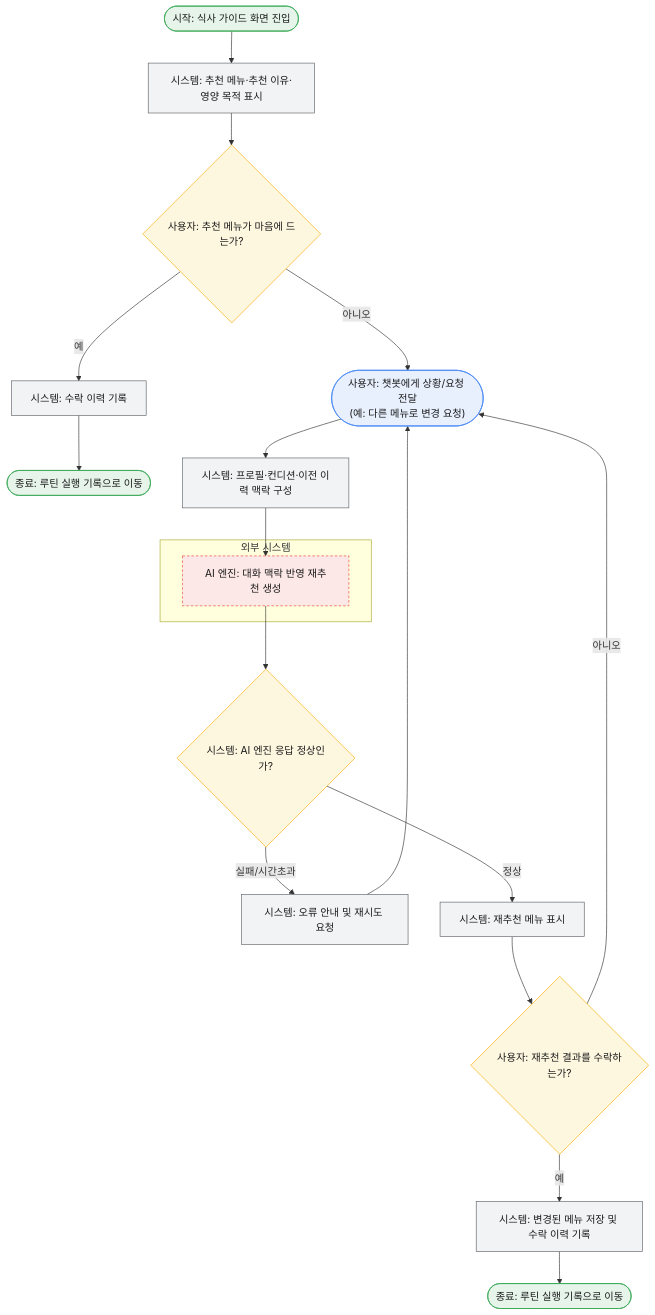
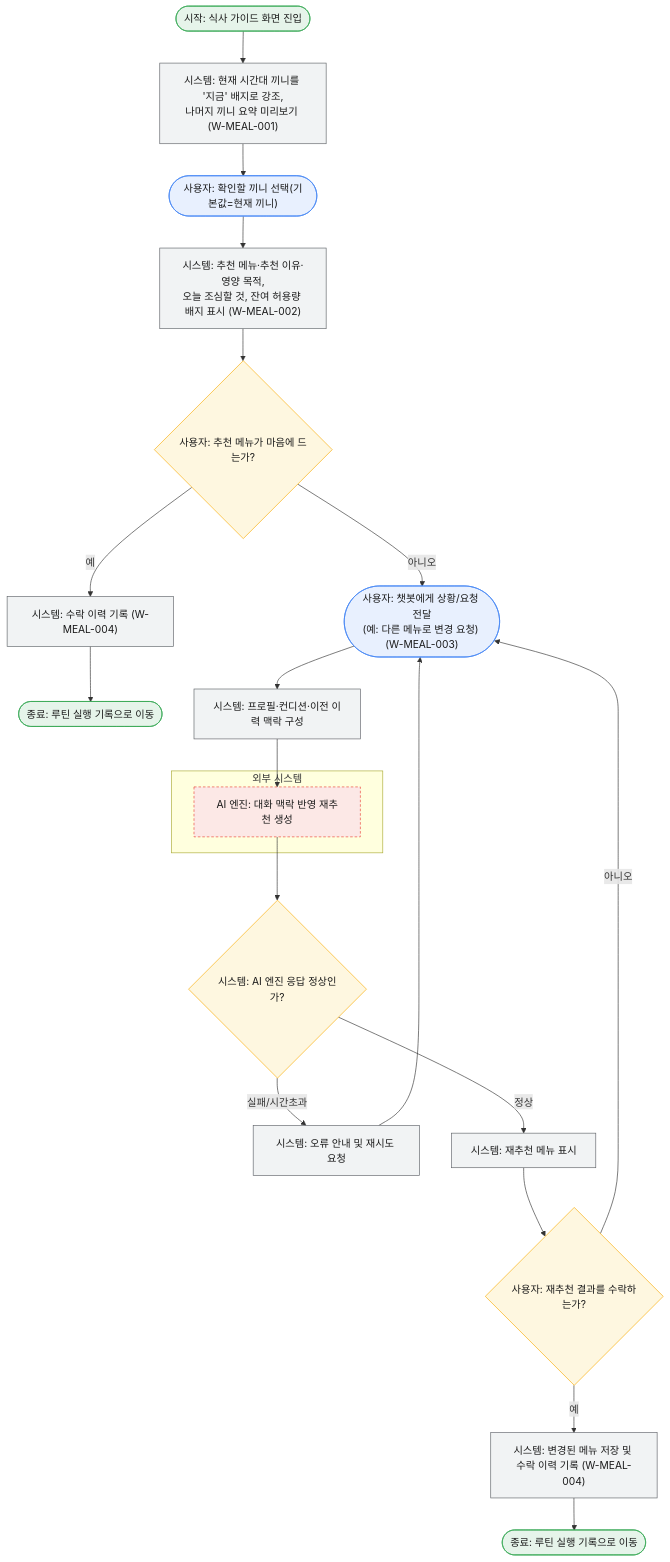
Before and after one commit to lgdxDORAEMI/PLM: the diagram in docs/서비스흐름도/03_식사가이드재조정.mmd, drawn with Mermaid. The commit also changed 11 other files, not shown here.

First line of the commit message:
서비스 흐름도 및 기능 관련 문서 업데이트

```diff
--- a/docs/서비스흐름도/03_식사가이드재조정.mmd
+++ b/docs/서비스흐름도/03_식사가이드재조정.mmd
@@ -1,28 +1,30 @@
-%% 서비스 흐름도: 식사 가이드 확인 및 AI 챗봇 재조정
-%% 관련 기능: W-MEAL-001, W-MEAL-002, W-MEAL-003, W-CHAT-001 / 관련 UC: UC4, UC11 (전제: UC3 루틴 생성 완료)
+%% 서비스 흐름도: 식사 가이드 끼니 선택 → 메뉴 상세 확인 및 AI 챗봇 재조정
+%% 관련 기능: W-MEAL-001(끼니선택), W-MEAL-002(메뉴상세), W-MEAL-003(챗봇재추천), W-MEAL-004(이력기록), W-CHAT-001 / 관련 UC: UC4, UC11 (전제: UC3 루틴 생성 완료)
 flowchart TD
     classDef user fill:#E8F0FE,stroke:#4285F4,color:#1a1a1a;
     classDef system fill:#F1F3F4,stroke:#5f6368,color:#1a1a1a;
     classDef decision fill:#FEF7E0,stroke:#F9AB00,color:#1a1a1a;
     classDef terminal fill:#E6F4EA,stroke:#34A853,color:#1a1a1a;
     classDef external fill:#FCE8E6,stroke:#EA4335,color:#1a1a1a,stroke-dasharray: 4 3;
 
-    Start(["시작: 식사 가이드 화면 진입"]):::terminal --> A["시스템: 추천 메뉴·추천 이유·영양 목적 표시"]:::system
+    Start(["시작: 식사 가이드 화면 진입"]):::terminal --> S["시스템: 현재 시간대 끼니를 '지금' 배지로 강조,<br/>나머지 끼니 요약 미리보기 (W-MEAL-001)"]:::system
+    S --> T(["사용자: 확인할 끼니 선택(기본값=현재 끼니)"]):::user
+    T --> A["시스템: 추천 메뉴·추천 이유·영양 목적,<br/>오늘 조심할 것, 잔여 허용량 배지 표시 (W-MEAL-002)"]:::system
     A --> B{"사용자: 추천 메뉴가 마음에 드는가?"}:::decision
-    B -- 예 --> C["시스템: 수락 이력 기록"]:::system --> End1(["종료: 루틴 실행 기록으로 이동"]):::terminal
+    B -- 예 --> C["시스템: 수락 이력 기록 (W-MEAL-004)"]:::system --> End1(["종료: 루틴 실행 기록으로 이동"]):::terminal
 
-    B -- 아니오 --> D(["사용자: 챗봇에게 상황/요청 전달<br/>(예: 다른 메뉴로 변경 요청)"]):::user
+    B -- 아니오 --> D(["사용자: 챗봇에게 상황/요청 전달<br/>(예: 다른 메뉴로 변경 요청) (W-MEAL-003)"]):::user
     D --> E["시스템: 프로필·컨디션·이전 이력 맥락 구성"]:::system
 
     subgraph EXT["외부 시스템"]
         F["AI 엔진: 대화 맥락 반영 재추천 생성"]:::external
     end
 
     E --> F
     F --> G{"시스템: AI 엔진 응답 정상인가?"}:::decision
     G -- 실패/시간초과 --> H["시스템: 오류 안내 및 재시도 요청"]:::system --> D
     G -- 정상 --> I["시스템: 재추천 메뉴 표시"]:::system
     I --> J{"사용자: 재추천 결과를 수락하는가?"}:::decision
     J -- 아니오 --> D
-    J -- 예 --> K["시스템: 변경된 메뉴 저장 및 수락 이력 기록"]:::system
+    J -- 예 --> K["시스템: 변경된 메뉴 저장 및 수락 이력 기록 (W-MEAL-004)"]:::system
     K --> End2(["종료: 루틴 실행 기록으로 이동"]):::terminal
```
